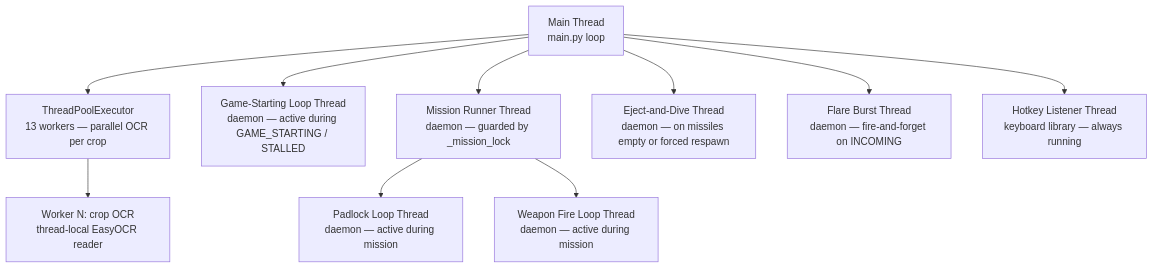
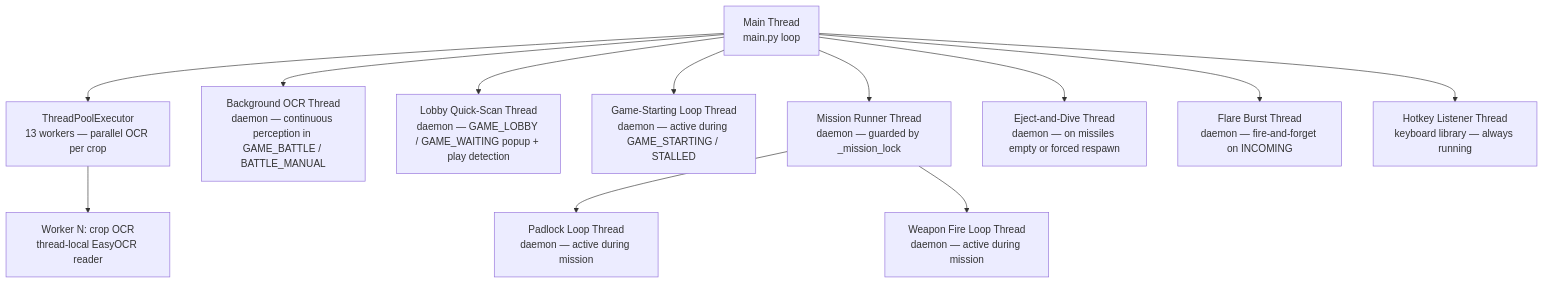
Before and after one commit to mhouse1/wingman: the fifth of 6 diagrams in docs/architecture.md, drawn with Mermaid. The commit also changed other lines of this file and 13 other files, not shown here.

````diff
--- a/docs/architecture.md
+++ b/docs/architecture.md
@@ -209,13 +232,15 @@
 ```mermaid
 flowchart TD
     MT["Main Thread\nmain.py loop"]
     MT --> TP["ThreadPoolExecutor\n13 workers — parallel OCR per crop"]
     TP --> W0["Worker N: crop OCR\nthread-local EasyOCR reader"]
+    MT --> BOCT["Background OCR Thread\ndaemon — continuous perception in GAME_BATTLE / BATTLE_MANUAL"]
+    MT --> LQST["Lobby Quick-Scan Thread\ndaemon — GAME_LOBBY / GAME_WAITING popup + play detection"]
     MT --> GST["Game-Starting Loop Thread\ndaemon — active during GAME_STARTING / STALLED"]
     MT --> MRT["Mission Runner Thread\ndaemon — guarded by _mission_lock"]
     MRT --> PLT["Padlock Loop Thread\ndaemon — active during mission"]
     MRT --> WFT["Weapon Fire Loop Thread\ndaemon — active during mission"]
     MT --> EDT["Eject-and-Dive Thread\ndaemon — on missiles empty or forced respawn"]
     MT --> FBT["Flare Burst Thread\ndaemon — fire-and-forget on INCOMING"]
     MT --> HLT["Hotkey Listener Thread\nkeyboard library — always running"]
 ```
````
